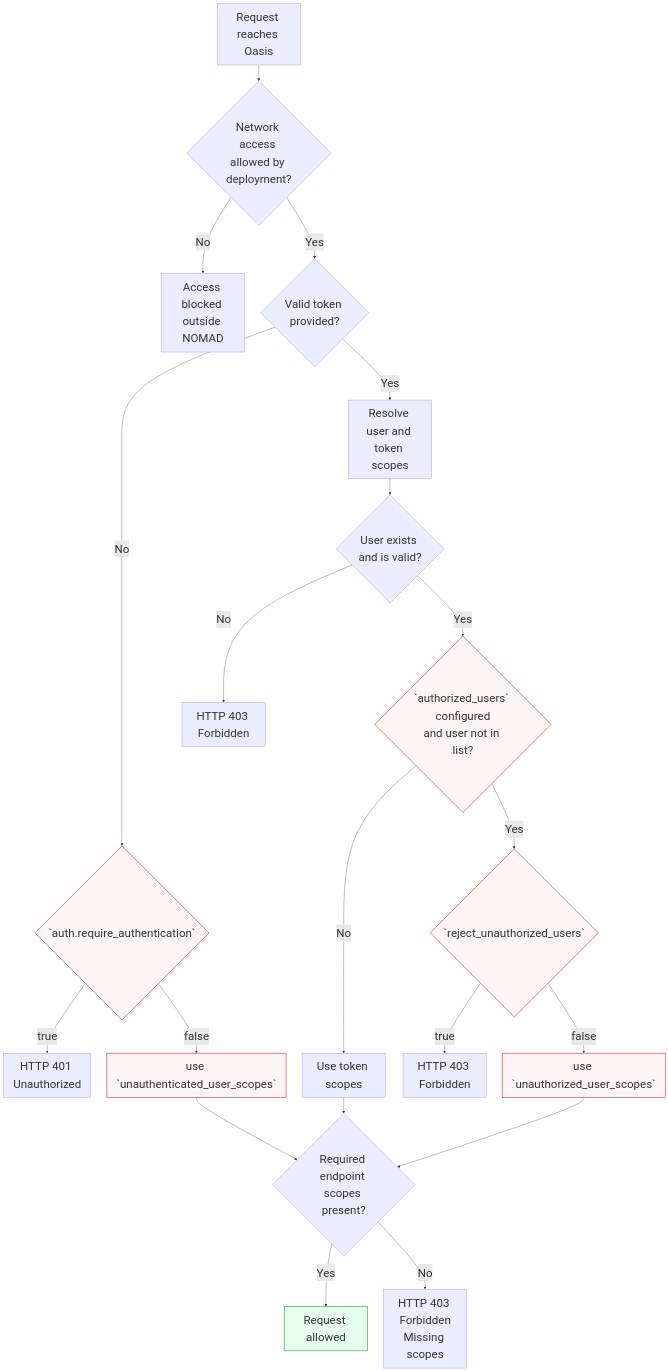
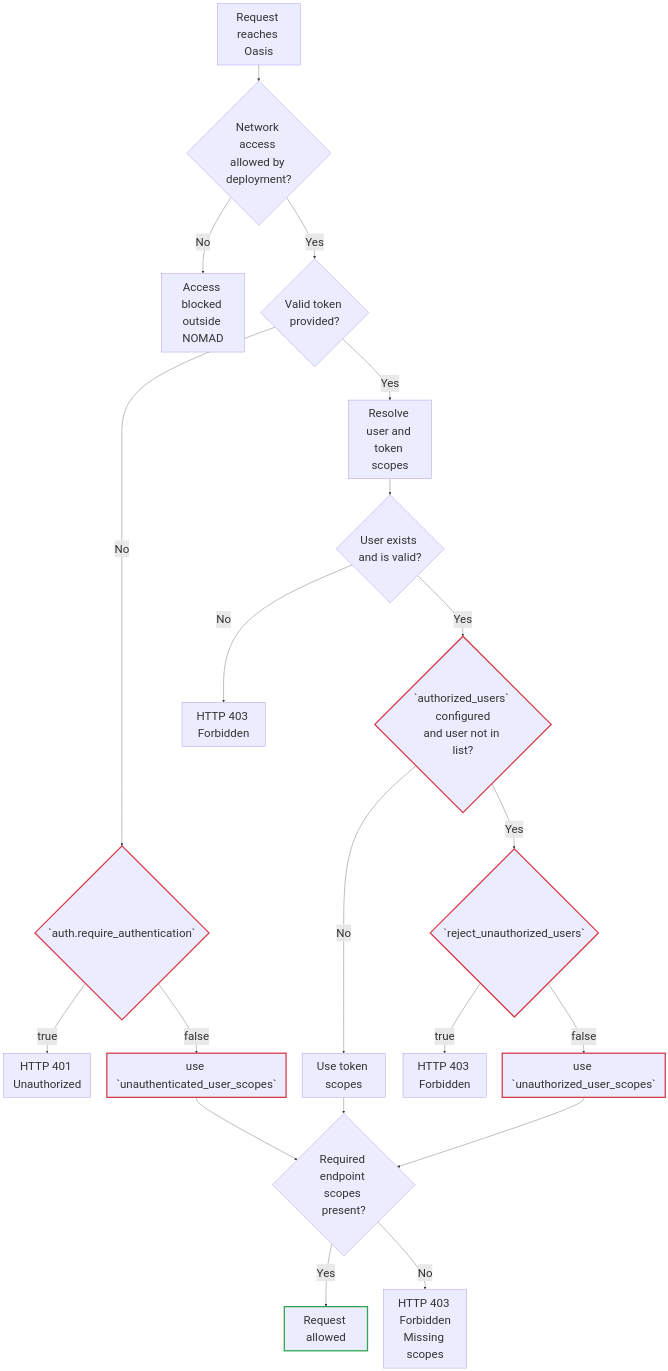
Before and after one commit to CRC1415/nomad-docs: the diagram in docs/explanation/auth.md, drawn with Mermaid.

Commit message:
fix mermaid diagram in dark mode (#258)

````diff
--- a/docs/explanation/auth.md
+++ b/docs/explanation/auth.md
@@ -11,38 +11,38 @@
 ```mermaid
 %%{init:{
   'themeVariables': {
     'fontSize': '36px'
   }
 }}%%
 flowchart TD
     A[Request reaches Oasis] --> B{Network access allowed by deployment?}
     B -- No --> X[Access blocked outside NOMAD]
     B -- Yes --> C{Valid token provided?}
 
     C -- No --> D{`auth.require_authentication`}
     D -- true --> Y[HTTP 401 Unauthorized]
     D -- false --> E[use `unauthenticated_user_scopes`]
 
     C -- Yes --> F[Resolve user and token scopes]
     F --> G{User exists and is valid?}
     G -- No --> Z[HTTP 403 Forbidden]
     G -- Yes --> H{`authorized_users` configured<br/>and user not in list?}
 
     H -- No --> I[Use token scopes]
     H -- Yes --> J{`reject_unauthorized_users`}
     J -- true --> K[HTTP 403 Forbidden]
     J -- false --> L[use `unauthorized_user_scopes`]
 
     E --> M{Required endpoint scopes present?}
     I --> M
     L --> M
 
     M -- Yes --> N[Request allowed]
     M -- No --> O[HTTP 403 Forbidden<br/>Missing scopes]
 
     class D,E,H,J,L config
     class N success
 
-    classDef config fill:#fff5f5,stroke:#d73a49,stroke-width:2px;
-    classDef success fill:#e6ffed,stroke:#2ea44f,stroke-width:2px;
+    classDef config stroke:#d73a49,stroke-width:4px;
+    classDef success stroke:#2ea44f,stroke-width:4px;
 ```
````
